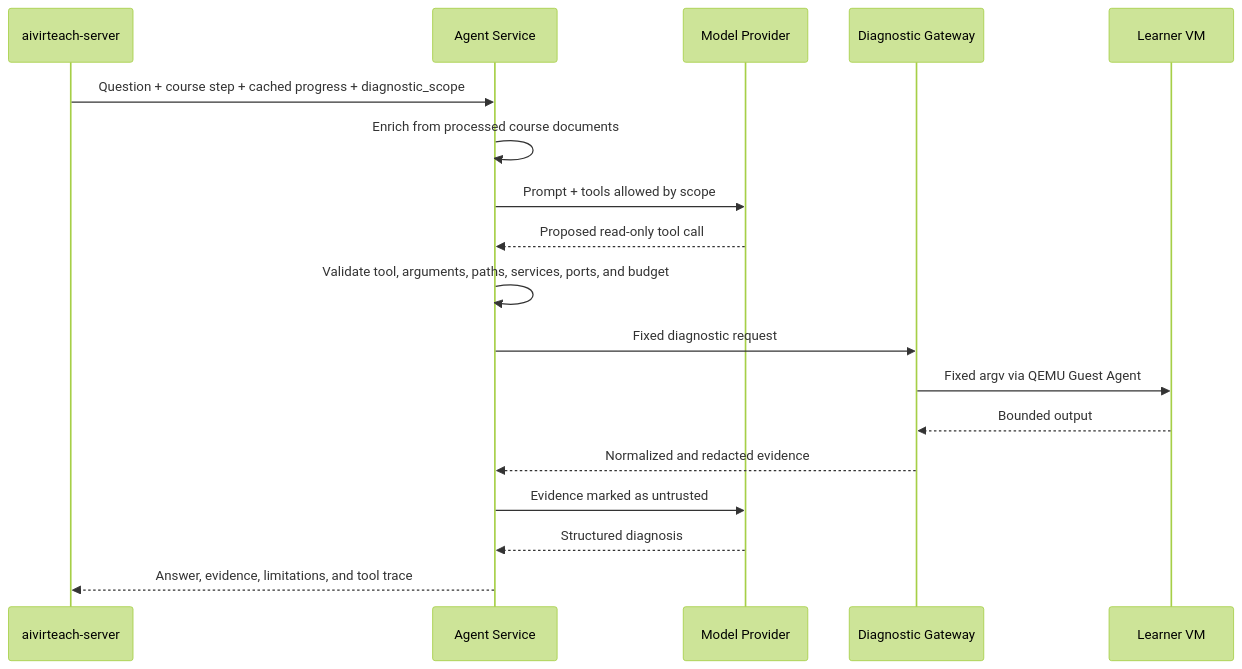
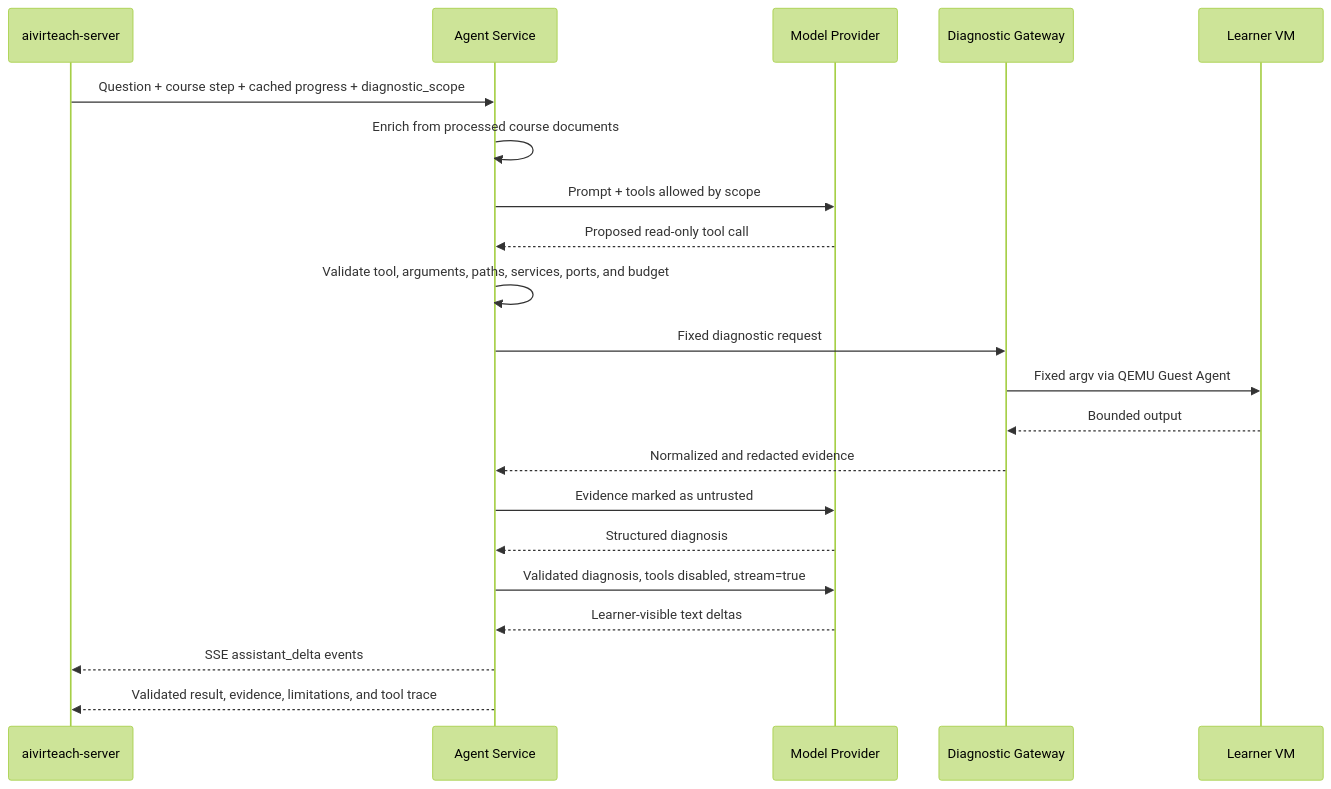
Before and after one commit to AIVirTeach/aivirteach-labs: the fourth of 5 diagrams in TECHNICAL_ARCHITECTURE.md, drawn with Mermaid (forest theme). The commit also changed other lines of this file and 14 other files, not shown here.

````diff
--- a/TECHNICAL_ARCHITECTURE.md
+++ b/TECHNICAL_ARCHITECTURE.md
@@ -299,21 +303,24 @@
 ```mermaid
 sequenceDiagram
     participant S as aivirteach-server
     participant A as Agent Service
     participant P as Model Provider
     participant G as Diagnostic Gateway
     participant V as Learner VM
 
     S->>A: Question + course step + cached progress + diagnostic_scope
     A->>A: Enrich from processed course documents
     A->>P: Prompt + tools allowed by scope
     P-->>A: Proposed read-only tool call
     A->>A: Validate tool, arguments, paths, services, ports, and budget
     A->>G: Fixed diagnostic request
     G->>V: Fixed argv via QEMU Guest Agent
     V-->>G: Bounded output
     G-->>A: Normalized and redacted evidence
     A->>P: Evidence marked as untrusted
     P-->>A: Structured diagnosis
-    A-->>S: Answer, evidence, limitations, and tool trace
+    A->>P: Validated diagnosis, tools disabled, stream=true
+    P-->>A: Learner-visible text deltas
+    A-->>S: SSE assistant_delta events
+    A-->>S: Validated result, evidence, limitations, and tool trace
 ```
````
